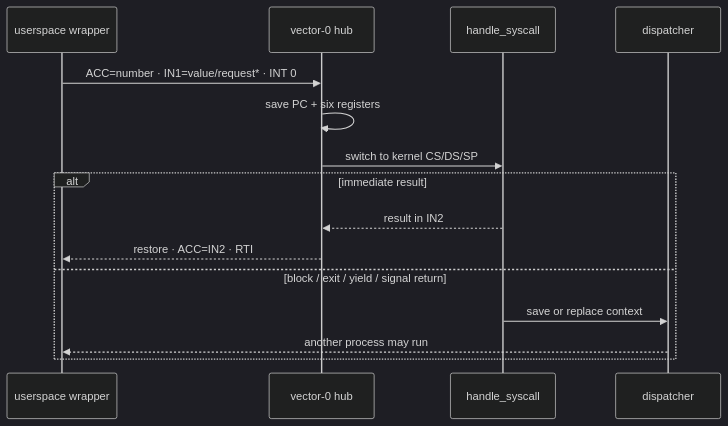
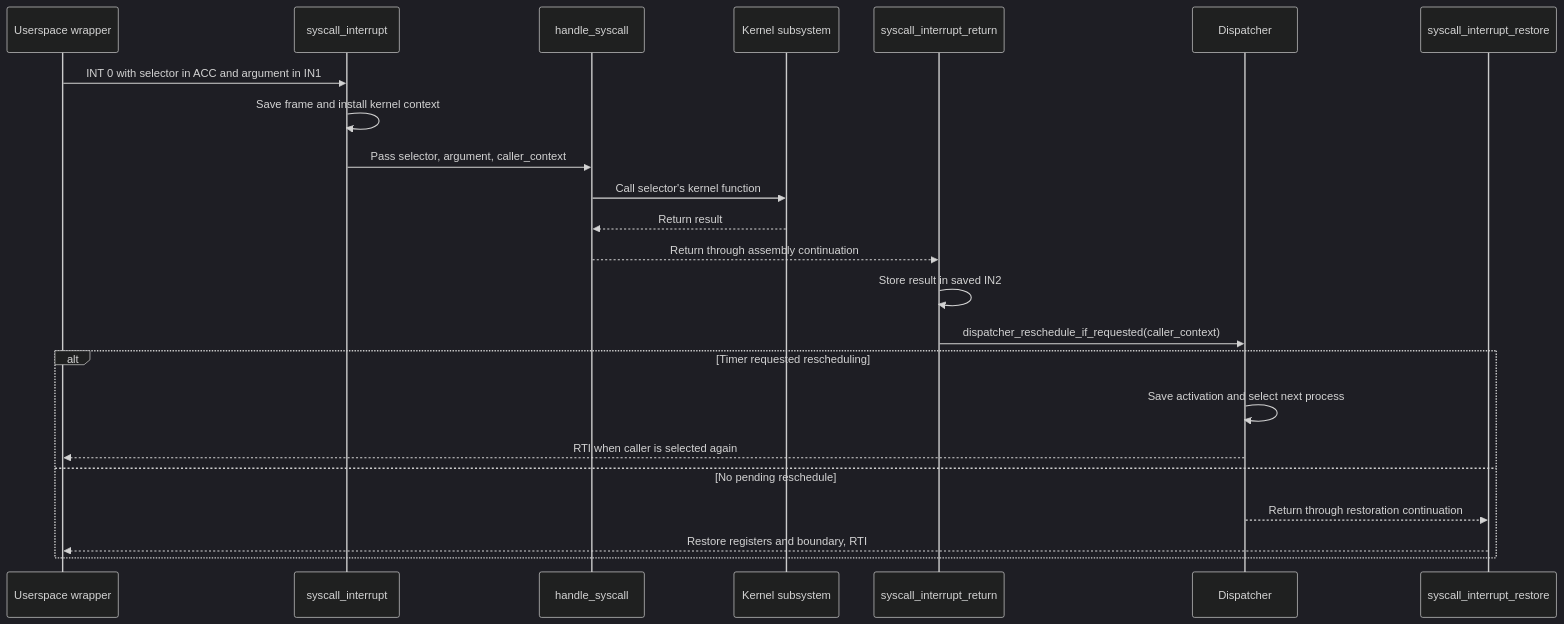
One commit to matthejue/Pico-OS_Presentation changed the eighth of 32 diagrams in slides.md. Above: the diagram before and after it, drawn with Mermaid (dark theme). The commit also changed other lines of this file and 10 other files, not shown here.

Commit message:
updated the PicoOS presentation to follow the refreshed README structure and content Added visual zoom support, Mermaid rendering, presentation validation, and source review documentation Refreshed presentation styling, metadata, source snapshots, and contributor instructions

````diff
--- a/slides.md
+++ b/slides.md
@@ -799,17 +1320,26 @@
-```mermaid {scale:0.78}
+```mermaid
 sequenceDiagram
-    participant U as userspace wrapper
-    participant H as vector-0 hub
+    participant U as Userspace wrapper
+    participant I as syscall_interrupt
     participant K as handle_syscall
-    participant D as dispatcher
-    U->>H: ACC=number · IN1=value/request* · INT 0
-    H->>H: save PC + six registers
-    H->>K: switch to kernel CS/DS/SP
-    alt immediate result
-      K-->>H: result in IN2
-      H-->>U: restore · ACC=IN2 · RTI
-    else block / exit / yield / signal return
-      K->>D: save or replace context
-      D-->>U: another process may run
+    participant S as Kernel subsystem
+    participant R as syscall_interrupt_return
+    participant D as Dispatcher
+    participant X as syscall_interrupt_restore
+
+    U->>I: INT 0 with selector in ACC and argument in IN1
+    I->>I: Save frame and install kernel context
+    I->>K: Pass selector, argument, caller_context
+    K->>S: Call selector's kernel function
+    S-->>K: Return result
+    K-->>R: Return through assembly continuation
+    R->>R: Store result in saved IN2
+    R->>D: dispatcher_reschedule_if_requested(caller_context)
+    alt Timer requested rescheduling
+        D->>D: Save activation and select next process
+        D-->>U: RTI when caller is selected again
+    else No pending reschedule
+        D-->>X: Return through restoration continuation
+        X-->>U: Restore registers and boundary, RTI
     end
 ```
````
